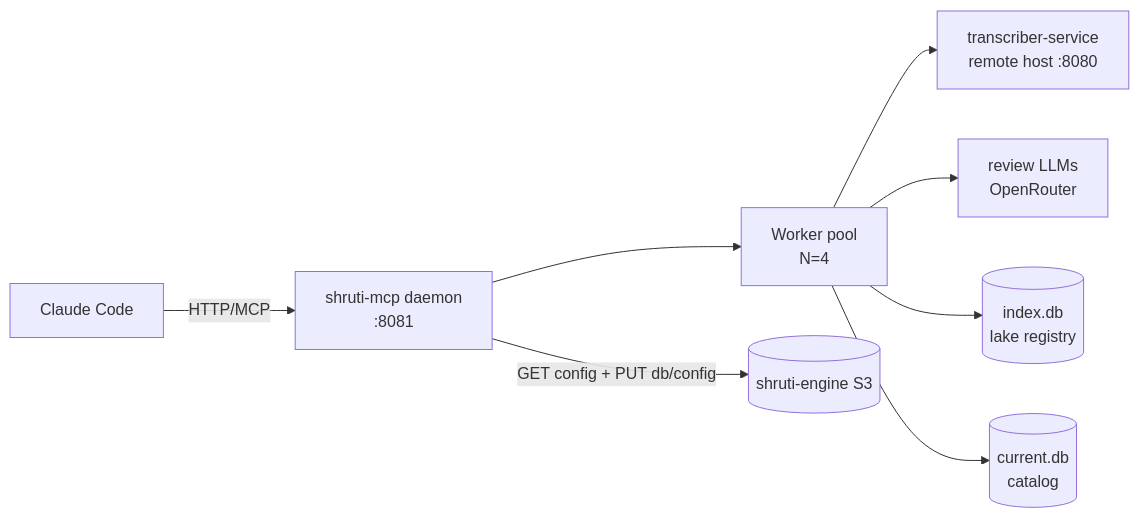
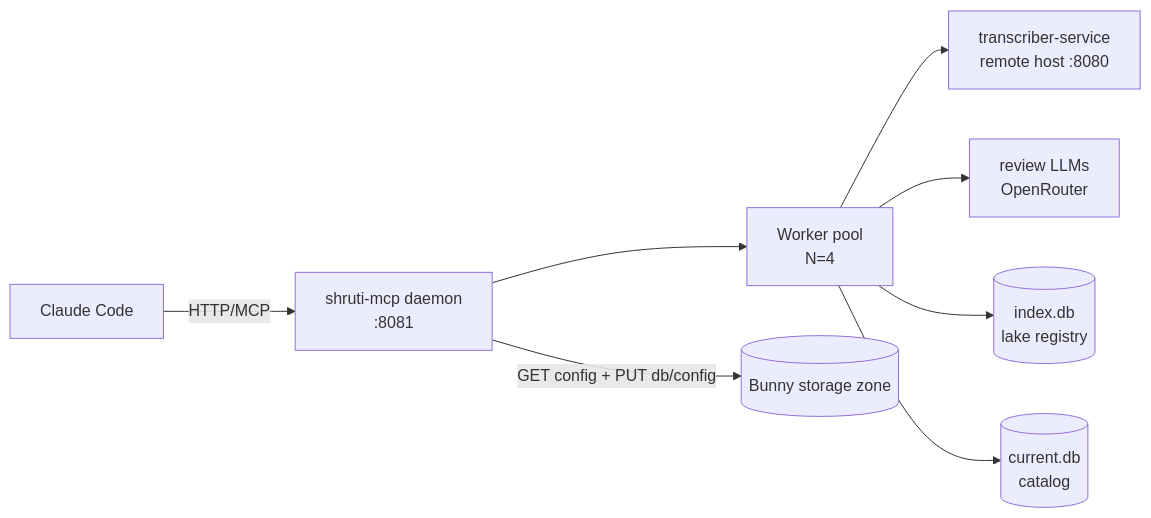
Before and after one commit to jiva-studio/shruti: the diagram in docs/repos/shruti/runbooks/shruti-mcp.md, drawn with Mermaid. The commit also changed other lines of this file and 23 other files, not shown here.

````diff
--- a/docs/repos/shruti/runbooks/shruti-mcp.md
+++ b/docs/repos/shruti/runbooks/shruti-mcp.md
@@ -11,19 +11,19 @@
 ```mermaid
 graph LR
   CC[Claude Code]
   D[shruti-mcp daemon<br/>:8081]
   Pool[Worker pool<br/>N=4]
   MBOX[transcriber-service<br/>remote host :8080]
   ANT[review LLMs<br/>OpenRouter]
-  S3[(shruti-engine S3)]
+  S3[(Bunny storage zone)]
   IDX[(index.db<br/>lake registry)]
   CAT[(current.db<br/>catalog)]
 
   CC -- HTTP/MCP --> D
   D --> Pool
   Pool --> MBOX
   Pool --> ANT
   Pool --> IDX
   Pool --> CAT
   D -- GET config + PUT db/config --> S3
 ```
````
